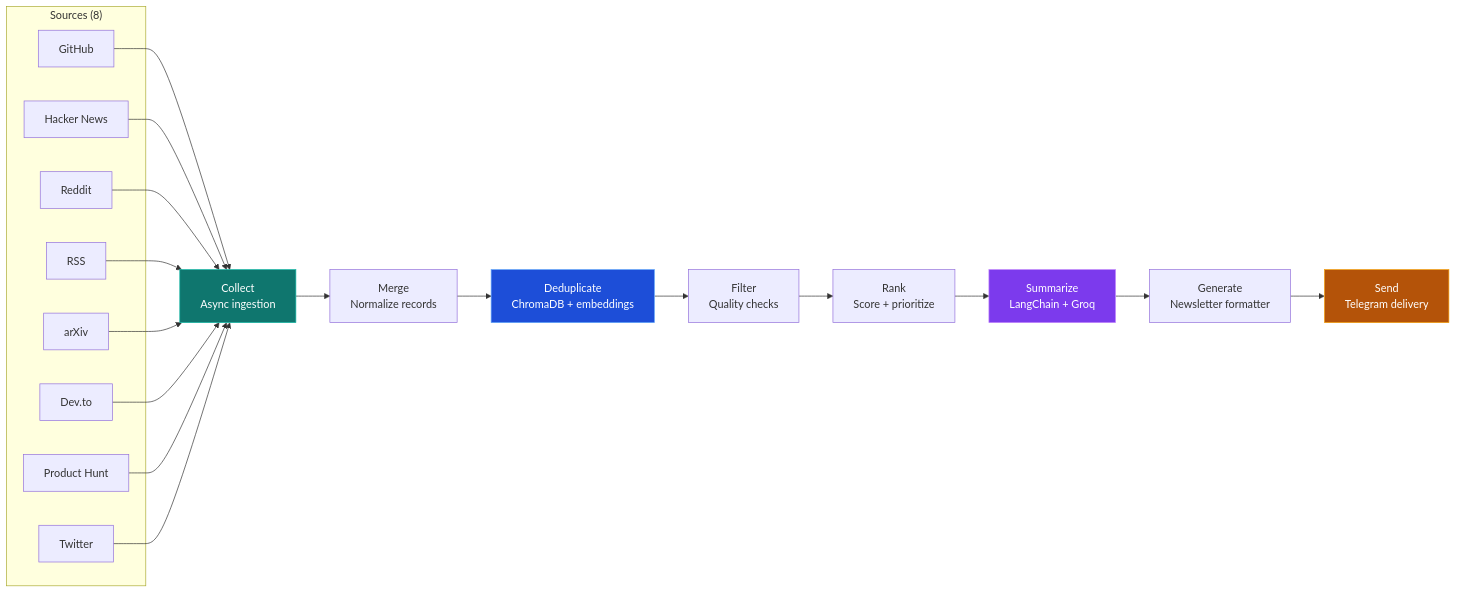
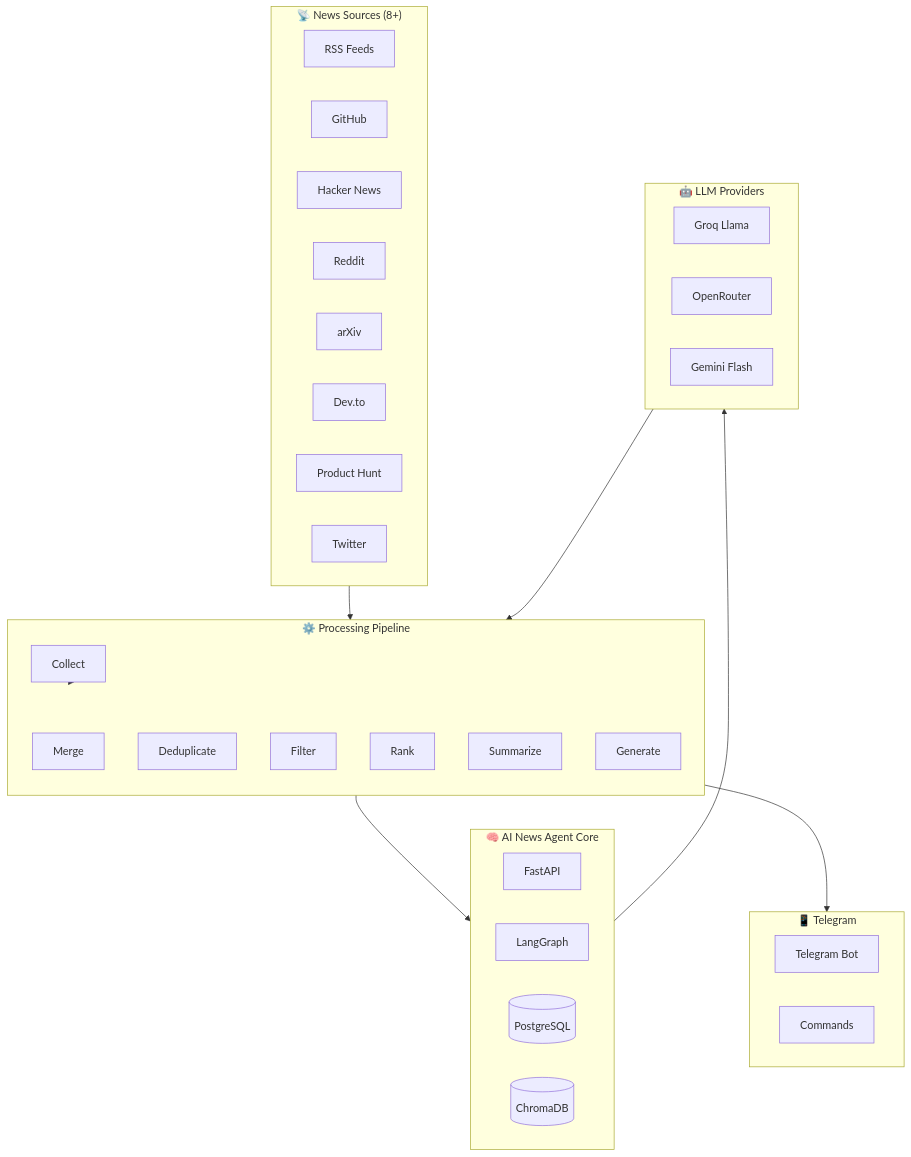
Before and after one commit to himanshu231204/ai-news-intelligence: the first of 2 diagrams in README.md, drawn with Mermaid. The commit also changed other lines of this file and 61 other files, not shown here.

````diff
--- a/README.md
+++ b/README.md
@@ -24,35 +37,50 @@
 ```mermaid
-flowchart LR
-  subgraph Sources["Sources (8)"]
-    GitHub[GitHub]
-    HN[Hacker News]
-    Reddit[Reddit]
-    RSS[RSS]
-    Arxiv[arXiv]
-    Devto[Dev.to]
-    ProductHunt[Product Hunt]
-    Twitter[Twitter]
-  end
+flowchart TB
+    subgraph External_Sources["📡 News Sources (8+)"]
+        RSS[RSS Feeds]
+        GH[GitHub]
+        HN[Hacker News]
+        RD[Reddit]
+        arXiv[arXiv]
+        Devto[Dev.to]
+        PH[Product Hunt]
+        TW[Twitter]
+    end
 
-  Collect[Collect\nAsync ingestion] --> Merge[Merge\nNormalize records]
-  Merge --> Deduplicate[Deduplicate\nChromaDB + embeddings]
-  Deduplicate --> Filter[Filter\nQuality checks]
-  Filter --> Rank[Rank\nScore + prioritize]
-  Rank --> Summarize[Summarize\nLangChain + Groq]
-  Summarize --> Generate[Generate\nNewsletter formatter]
-  Generate --> Send[Send\nTelegram delivery]
+    subgraph Core_System["🧠 AI News Agent Core"]
+        direction LR
+        API[FastAPI]
+        LG[LangGraph]
+        DB[(PostgreSQL)]
+        VS[(ChromaDB)]
+    end
 
-  GitHub --> Collect
-  HN --> Collect
-  Reddit --> Collect
-  RSS --> Collect
-  Arxiv --> Collect
-  Devto --> Collect
-  ProductHunt --> Collect
-  Twitter --> Collect
+    subgraph Processing["⚙️ Processing Pipeline"]
+        direction TB
+        Collect[Collect]
+        Merge[Merge]
+        Dedupe[Deduplicate]
+        Filter[Filter]
+        Rank[Rank]
+        Summarize[Summarize]
+        Generate[Generate]
+    end
 
-  style Collect fill:#0f766e,stroke:#14b8a6,color:#ffffff
-  style Deduplicate fill:#1d4ed8,stroke:#60a5fa,color:#ffffff
-  style Summarize fill:#7c3aed,stroke:#c084fc,color:#ffffff
-  style Send fill:#b45309,stroke:#f59e0b,color:#ffffff
+    subgraph LLM_Providers["🤖 LLM Providers"]
+        GROQ[Groq Llama]
+        OR[OpenRouter]
+        GM[Gemini Flash]
+    end
+
+    subgraph Delivery["📱 Telegram"]
+        Bot[Telegram Bot]
+        Commands[Commands]
+    end
+
+    External_Sources --> Collect
+    Collect --> Processing
+    Processing --> Core_System
+    Core_System --> LLM_Providers
+    LLM_Providers --> Processing
+    Generate --> Delivery
 ```
````
